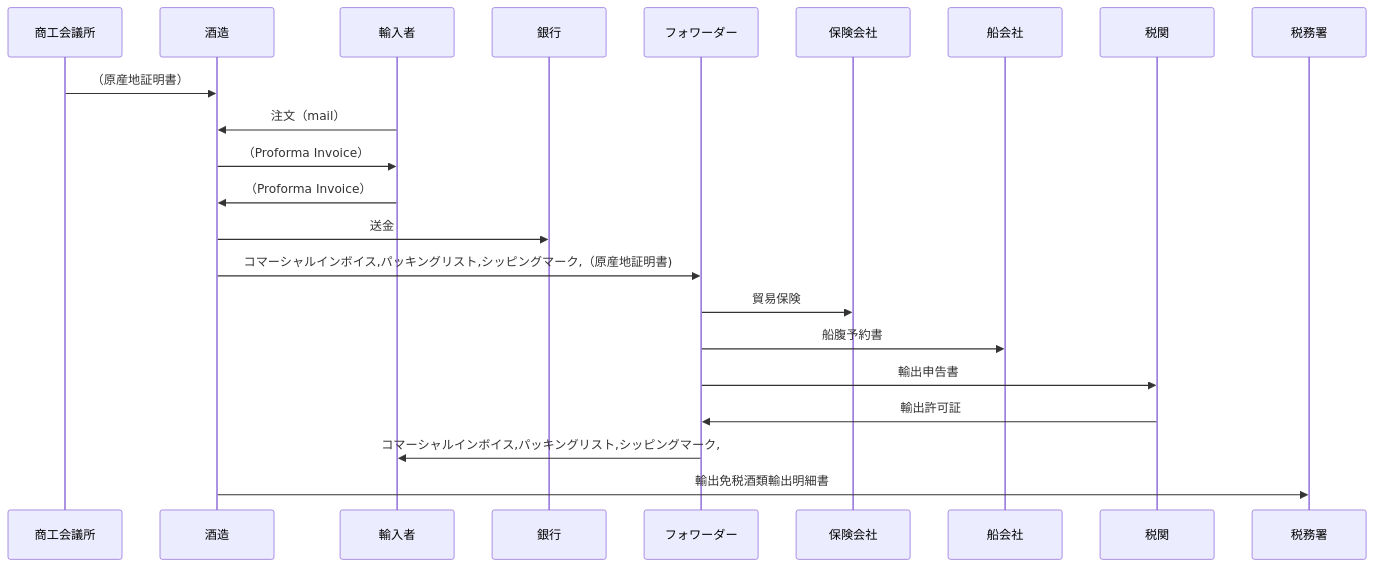
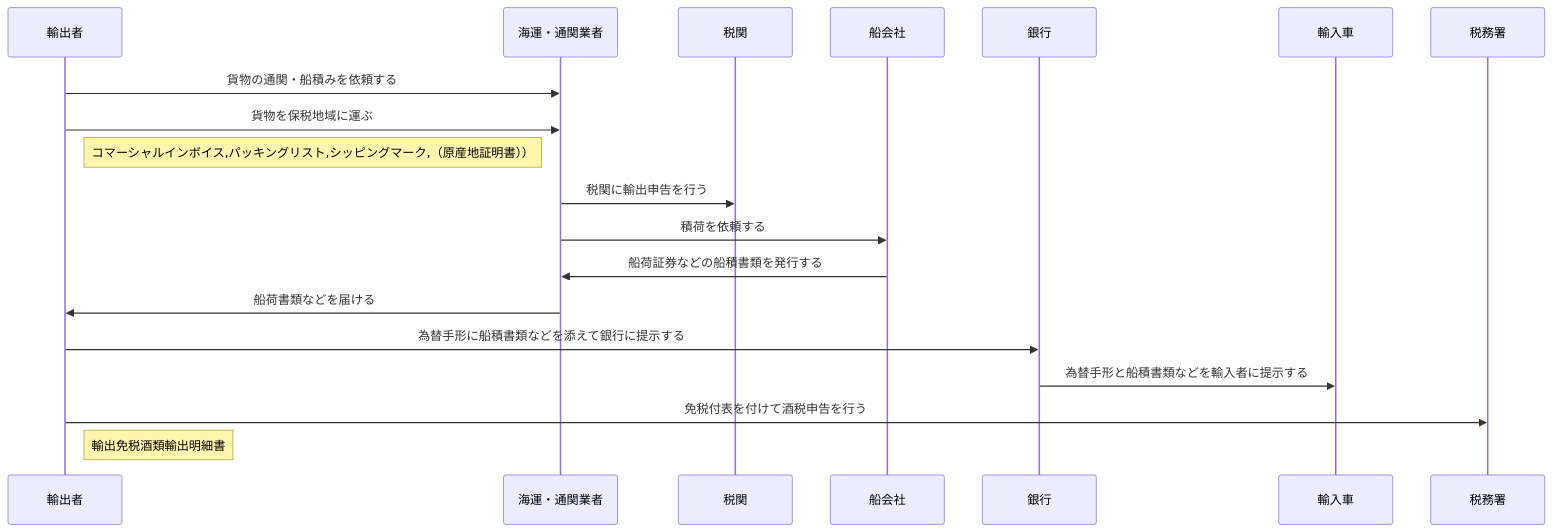
Before and after one commit to Heart-Computer-Co-LTD/yui-manual: the diagram in src/content/blog/2023-05-24-輸出の流れ（直接輸出）.mdx, drawn with Mermaid. The commit also changed other lines of this file and 1 other file, not shown here.

````diff
--- a/src/content/blog/2023-05-24-輸出の流れ（直接輸出）.mdx
+++ b/src/content/blog/2023-05-24-輸出の流れ（直接輸出）.mdx
@@ -38,15 +38,14 @@
 ```mermaid
 sequenceDiagram
-	商工会議所->>酒造:（原産地証明書）
-	輸入者->>酒造:注文（mail）
-	酒造->>輸入者:（Proforma Invoice）
-	輸入者->>酒造:（Proforma Invoice）
-  酒造->>銀行: 送金
-	酒造->>フォワーダー: コマーシャルインボイス,パッキングリスト,シッピングマーク,（原産地証明書)
-	フォワーダー->>保険会社:貿易保険
-	フォワーダー->>船会社:船腹予約書
-	フォワーダー->>税関:輸出申告書
-  税関->>フォワーダー:輸出許可証
-	フォワーダー->>輸入者: コマーシャルインボイス,パッキングリスト,シッピングマーク,
-  酒造->>税務署:輸出免税酒類輸出明細書
+  輸出者->>海運・通関業者:貨物の通関・船積みを依頼する
+  輸出者->>海運・通関業者:貨物を保税地域に運ぶ
+  Note right of 輸出者: コマーシャルインボイス,パッキングリスト,シッピングマーク,（原産地証明書））
+  海運・通関業者->>税関:税関に輸出申告を行う
+  海運・通関業者->>船会社:積荷を依頼する
+  船会社->>海運・通関業者:船荷証券などの船積書類を発行する
+  海運・通関業者->>輸出者:船荷書類などを届ける
+  輸出者->>銀行:為替手形に船積書類などを添えて銀行に提示する
+  銀行->>輸入車:為替手形と船積書類などを輸入者に提示する
+  輸出者->>税務署:免税付表を付けて酒税申告を行う
+  Note right of 輸出者: 輸出免税酒類輸出明細書
 ```
````
